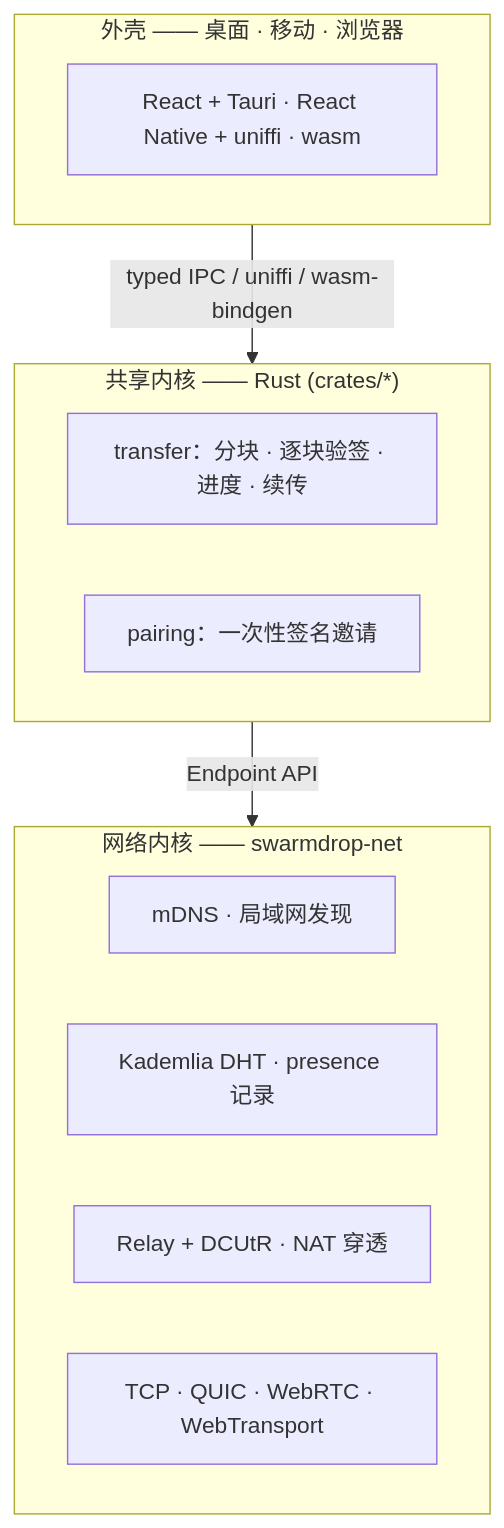
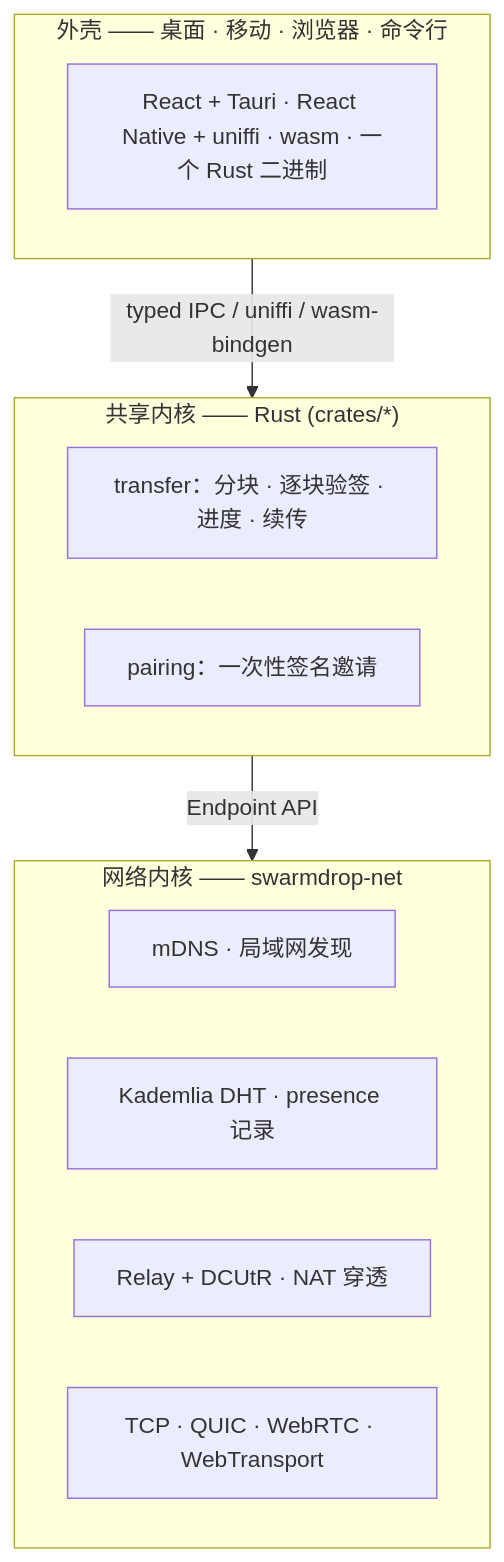
Before and after one commit to swarm-apps/SwarmDrop: the diagram in README.zh-CN.md, drawn with Mermaid. The commit also changed other lines of this file and 11 other files, not shown here.

````diff
--- a/README.zh-CN.md
+++ b/README.zh-CN.md
@@ -93,18 +124,18 @@
 ```mermaid
 graph TB
-    subgraph Shells["外壳 —— 桌面 · 移动 · 浏览器"]
-        A["React + Tauri · React Native + uniffi · wasm"]
+    subgraph Shells["外壳 —— 桌面 · 移动 · 浏览器 · 命令行"]
+        A["React + Tauri · React Native + uniffi · wasm · 一个 Rust 二进制"]
     end
     subgraph Core["共享内核 —— Rust (crates/*)"]
         B["transfer：分块 · 逐块验签 · 进度 · 续传"]
         G["pairing：一次性签名邀请"]
     end
     subgraph Net["网络内核 —— swarmdrop-net"]
         D["mDNS · 局域网发现"]
         E["Kademlia DHT · presence 记录"]
         F["Relay + DCUtR · NAT 穿透"]
         H["TCP · QUIC · WebRTC · WebTransport"]
     end
     Shells -- "typed IPC / uniffi / wasm-bindgen" --> Core
     Core -- "Endpoint API" --> Net
 ```
````
